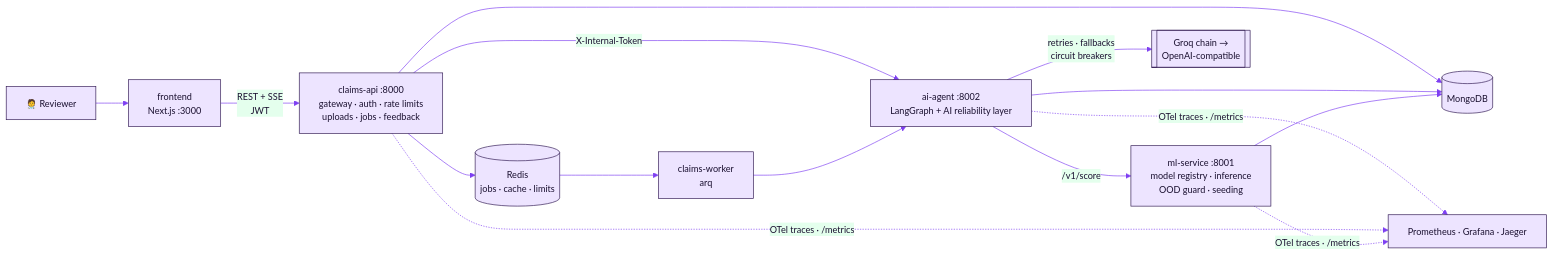
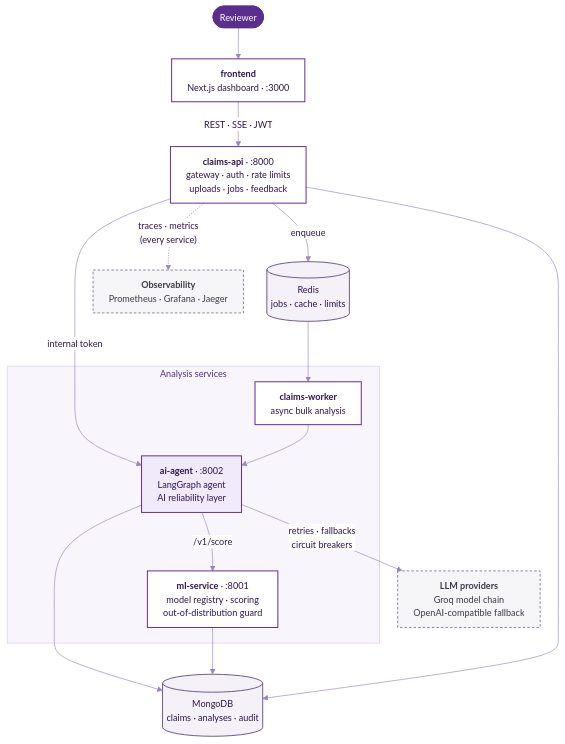
Before and after one commit to AhmedJesserLahmer/Cotiviti-ai-claims-review-assistant: the second of 4 diagrams in README.md, drawn with Mermaid. The commit also changed other lines of this file, not shown here.

First line of the commit message:
docs: redesign the README diagrams

````diff
--- a/README.md
+++ b/README.md
@@ -144,16 +147,39 @@
 ```mermaid
-%%{init: {"theme": "base", "themeVariables": {"primaryColor": "#ede4ff", "primaryBorderColor": "#2e1650", "primaryTextColor": "#1a1030", "lineColor": "#7e3ff2", "fontSize": "14px"}}}%%
-flowchart LR
-    U["🧑‍⚕️ Reviewer"] --> FE["frontend<br/>Next.js :3000"]
-    FE -->|"REST + SSE<br/>JWT"| API["claims-api :8000<br/>gateway · auth · rate limits<br/>uploads · jobs · feedback"]
-    API -->|"X-Internal-Token"| AG["ai-agent :8002<br/>LangGraph + AI reliability layer"]
-    API --> Q[("Redis<br/>jobs · cache · limits")]
-    Q --> W["claims-worker<br/>arq"]
+%%{init: {"theme": "base", "themeVariables": {"fontSize": "14px", "primaryColor": "#ffffff", "primaryBorderColor": "#5b2d8e", "primaryTextColor": "#2e1650", "lineColor": "#9b86b8", "clusterBkg": "#f8f5fc", "clusterBorder": "#d8cce8", "edgeLabelBackground": "#ffffff", "titleColor": "#5b2d8e"}, "flowchart": {"curve": "basis", "nodeSpacing": 36, "rankSpacing": 48, "padding": 12}}}%%
+flowchart TB
+    U(["Reviewer"]):::terminal
+    FE["<b>frontend</b><br/>Next.js dashboard · :3000"]:::step
+    API["<b>claims-api</b> · :8000<br/>gateway · auth · rate limits<br/>uploads · jobs · feedback"]:::step
+
+    subgraph CORE["Analysis services"]
+        W["<b>claims-worker</b><br/>async bulk analysis"]:::step
+        AG["<b>ai-agent</b> · :8002<br/>LangGraph agent<br/>AI reliability layer"]:::ai
+        ML["<b>ml-service</b> · :8001<br/>model registry · scoring<br/>out-of-distribution guard"]:::step
+    end
+
+    Q[("Redis<br/>jobs · cache · limits")]:::store
+    DB[("MongoDB<br/>claims · analyses · audit")]:::store
+
+    LLM["<b>LLM providers</b><br/>Groq model chain<br/>OpenAI-compatible fallback"]:::external
+    OBS["<b>Observability</b><br/>Prometheus · Grafana · Jaeger"]:::external
+
+    U --> FE
+    FE -- "REST · SSE · JWT" --> API
+    API -- "enqueue" --> Q
+    Q --> W
+    API -- "internal token" --> AG
     W --> AG
-    AG -->|"/v1/score"| ML["ml-service :8001<br/>model registry · inference<br/>OOD guard · seeding"]
-    AG -->|"retries · fallbacks<br/>circuit breakers"| LLM[["Groq chain →<br/>OpenAI-compatible"]]
-    API --> DB[("MongoDB")]
+    AG -- "/v1/score" --> ML
+    AG -- "retries · fallbacks<br/>circuit breakers" --> LLM
     AG --> DB
     ML --> DB
-    AG & API & ML -.->|"OTel traces · /metrics"| OBS["Prometheus · Grafana · Jaeger"]
+    API --> DB
+    API -. "traces · metrics<br/>(every service)" .-> OBS
+
+    classDef step fill:#ffffff,stroke:#5b2d8e,stroke-width:1.5px,color:#2e1650
+    classDef ai fill:#f1eafb,stroke:#5b2d8e,stroke-width:1.5px,color:#2e1650
+    classDef decision fill:#fff0f7,stroke:#d6086f,stroke-width:1.5px,color:#2e1650
+    classDef store fill:#f4f1f8,stroke:#6b5a86,stroke-width:1.5px,color:#2e1650
+    classDef external fill:#f6f6f8,stroke:#8a8798,stroke-width:1.5px,stroke-dasharray:4 3,color:#3d3a4a
+    classDef terminal fill:#5b2d8e,stroke:#5b2d8e,stroke-width:1.5px,color:#ffffff
 ```
````
